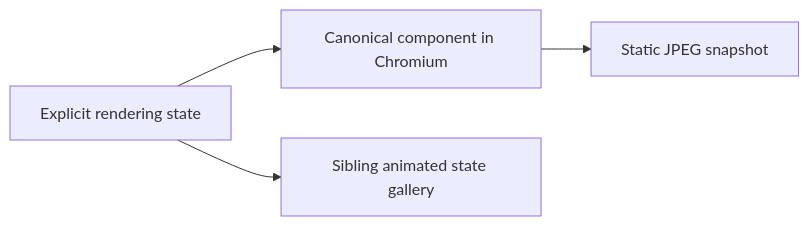
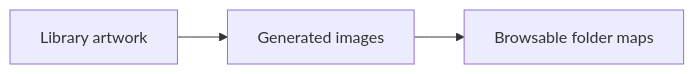
One commit to Valpatel/cad-agent changed the diagram in software/cadagent/webkit/scada/ui/img/thumbnails/states/README.md. Above: the diagram before and after it, drawn with Mermaid. The commit also changed other lines of this file and 1191 other files, not shown here.

````diff
--- a/software/cadagent/webkit/scada/ui/img/thumbnails/states/README.md
+++ b/software/cadagent/webkit/scada/ui/img/thumbnails/states/README.md
@@ -7,6 +7,5 @@
 ```mermaid
 flowchart LR
-  State["Explicit rendering state"] --> Browser["Canonical component in Chromium"]
-  Browser --> JPEG["Static JPEG snapshot"]
-  State --> SVG["Sibling animated state gallery"]
+  Source["Library artwork"] --> Preview["Generated images"]
+  Preview --> Browse["Browsable folder maps"]
 ```
````
